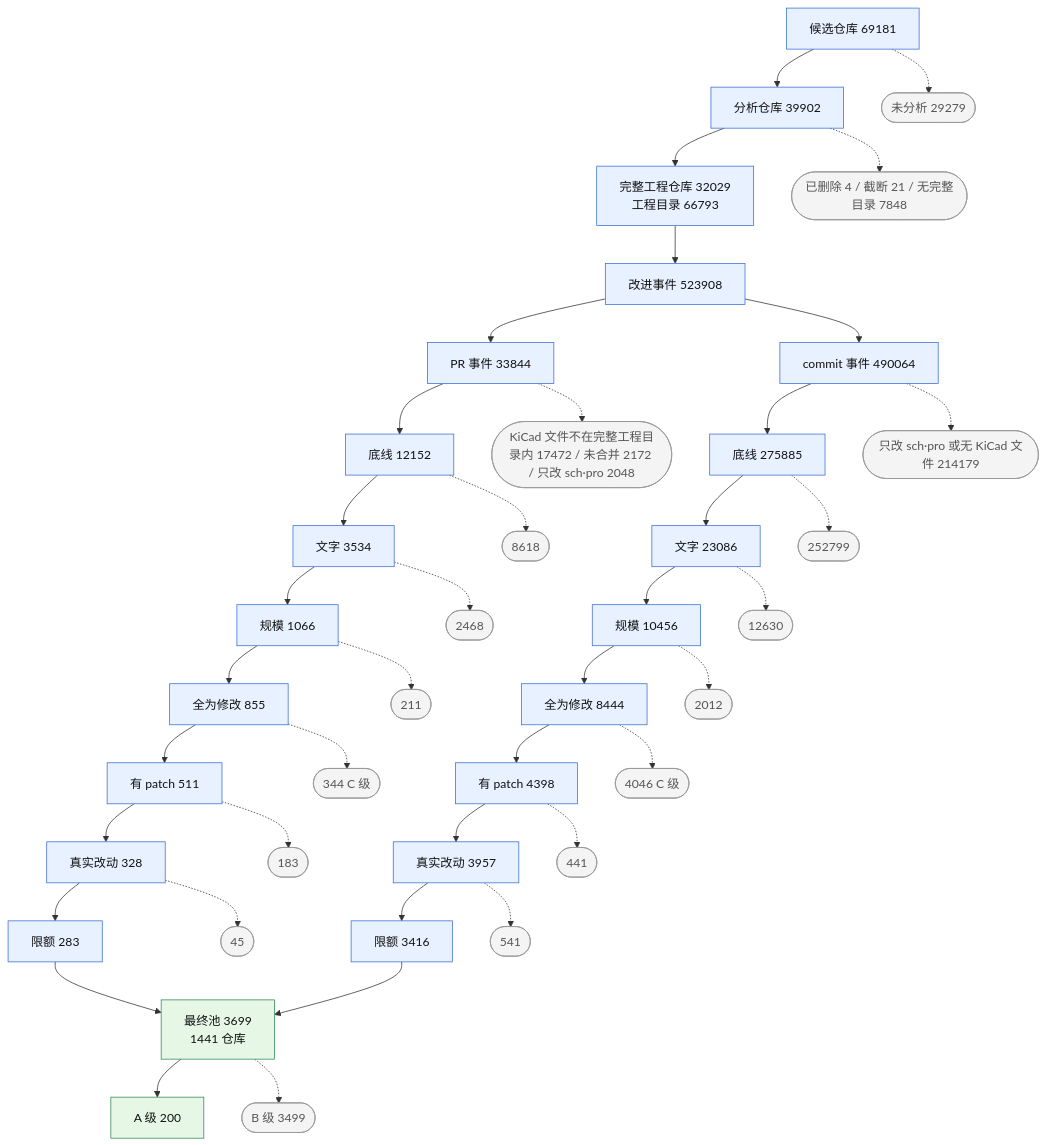
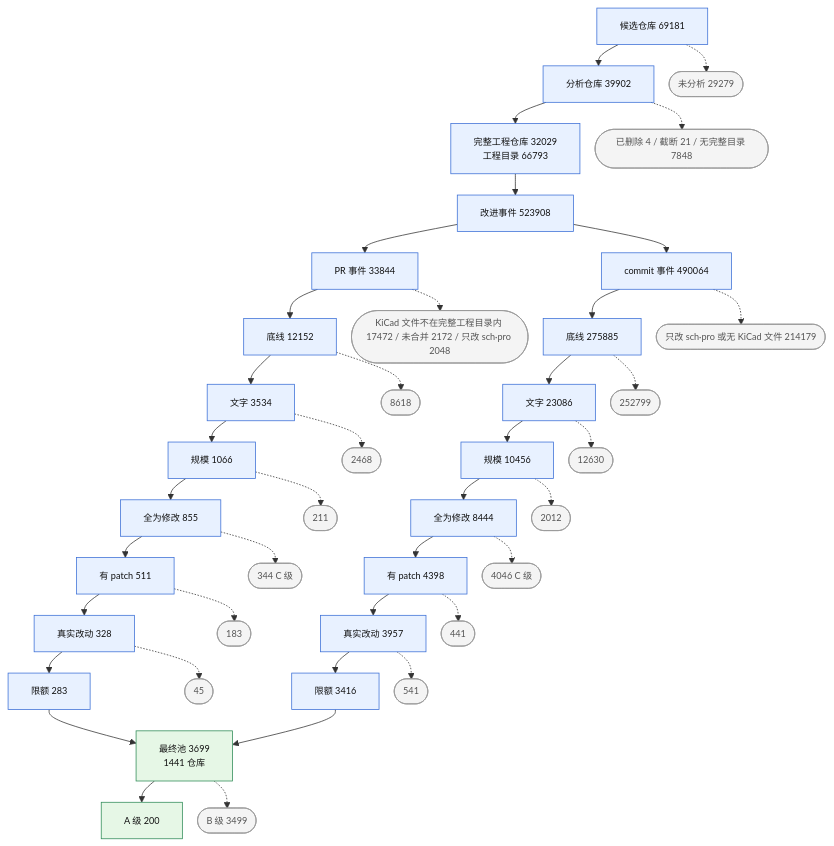
Before and after one commit to Xiafyjck/github_kicad_project_scout: the first of 5 diagrams in reports/progress_report.md, drawn with Mermaid. The commit also changed other lines of this file, not shown here.

Commit message:
reports: shorter labels and 12px font in all figures

````diff
--- a/reports/progress_report.md
+++ b/reports/progress_report.md
@@ -96,35 +96,36 @@
 ```mermaid
+%%{init: {'themeVariables': {'fontSize': '12px'}, 'flowchart': {'nodeSpacing': 20, 'rankSpacing': 28}}}%%
 flowchart TB
     classDef exit fill:#f4f4f4,stroke:#999,color:#555
     classDef keep fill:#e8f1ff,stroke:#3b6fd6,color:#111
     classDef final fill:#e6f7e6,stroke:#2e8b57,color:#111
 
     C[候选仓库 69181]:::keep --> A[分析仓库 39902]:::keep --> Q[完整工程仓库 32029<br/>工程目录 66793]:::keep --> E[改进事件 523908]:::keep
     C -.-> CX([未分析 29279]):::exit
     A -.-> AX([已删除 4 / 截断 21 / 无完整目录 7848]):::exit
     E --> P[PR 事件 33844]:::keep
     E --> M[commit 事件 490064]:::keep
 
     P --> P3[底线 12152]:::keep --> P4[文字 3534]:::keep --> P5[规模 1066]:::keep --> P6[全为修改 855]:::keep --> P7[有 patch 511]:::keep --> P8[真实改动 328]:::keep --> P9[限额 283]:::keep
     P -.-> PX0([KiCad 文件不在完整工程目录内 17472 / 未合并 2172 / 只改 sch·pro 2048]):::exit
     P3 -.-> PX4([8618]):::exit
     P4 -.-> PX5([2468]):::exit
     P5 -.-> PX6([211]):::exit
     P6 -.-> PX7([344 C 级]):::exit
     P7 -.-> PX8([183]):::exit
     P8 -.-> PX9([45]):::exit
 
     M --> M3[底线 275885]:::keep --> M4[文字 23086]:::keep --> M5[规模 10456]:::keep --> M6[全为修改 8444]:::keep --> M7[有 patch 4398]:::keep --> M8[真实改动 3957]:::keep --> M9[限额 3416]:::keep
     M -.-> MX0([只改 sch·pro 或无 KiCad 文件 214179]):::exit
     M3 -.-> MX4([252799]):::exit
     M4 -.-> MX5([12630]):::exit
     M5 -.-> MX6([2012]):::exit
     M6 -.-> MX7([4046 C 级]):::exit
     M7 -.-> MX8([441]):::exit
     M8 -.-> MX9([541]):::exit
 
     P9 --> F[最终池 3699<br/>1441 仓库]:::final
     M9 --> F
     F --> G[A 级 200]:::final
     F -.-> FB([B 级 3499]):::exit
 ```
````
